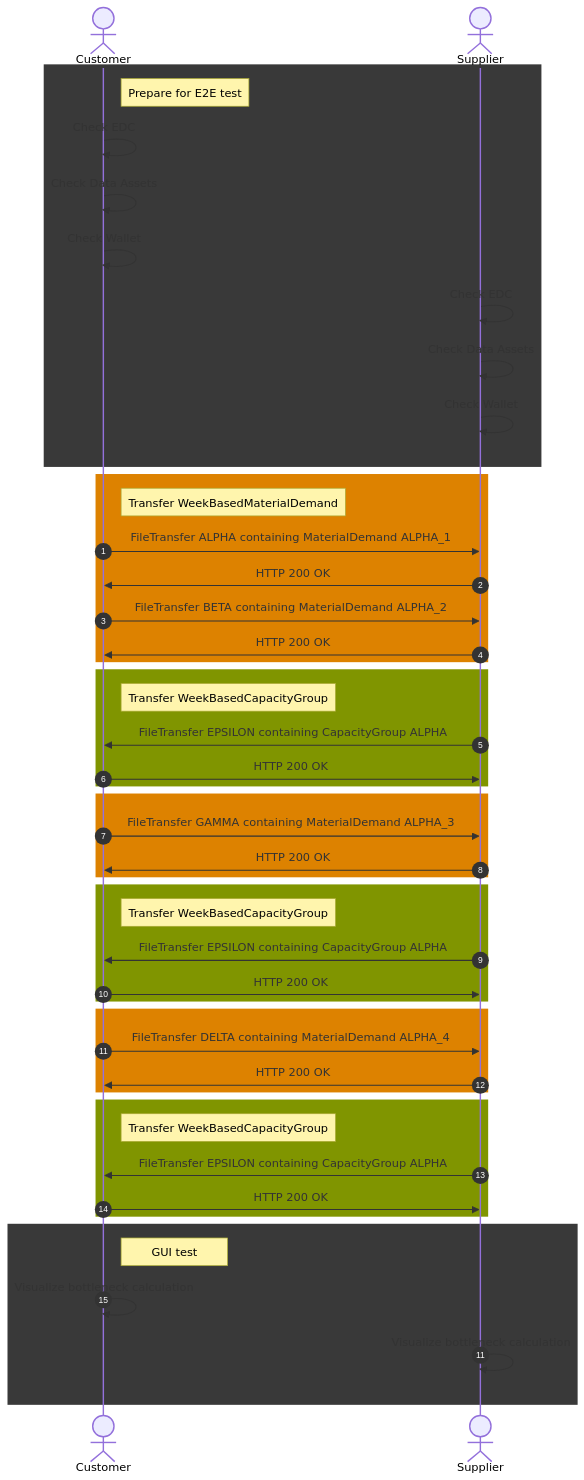
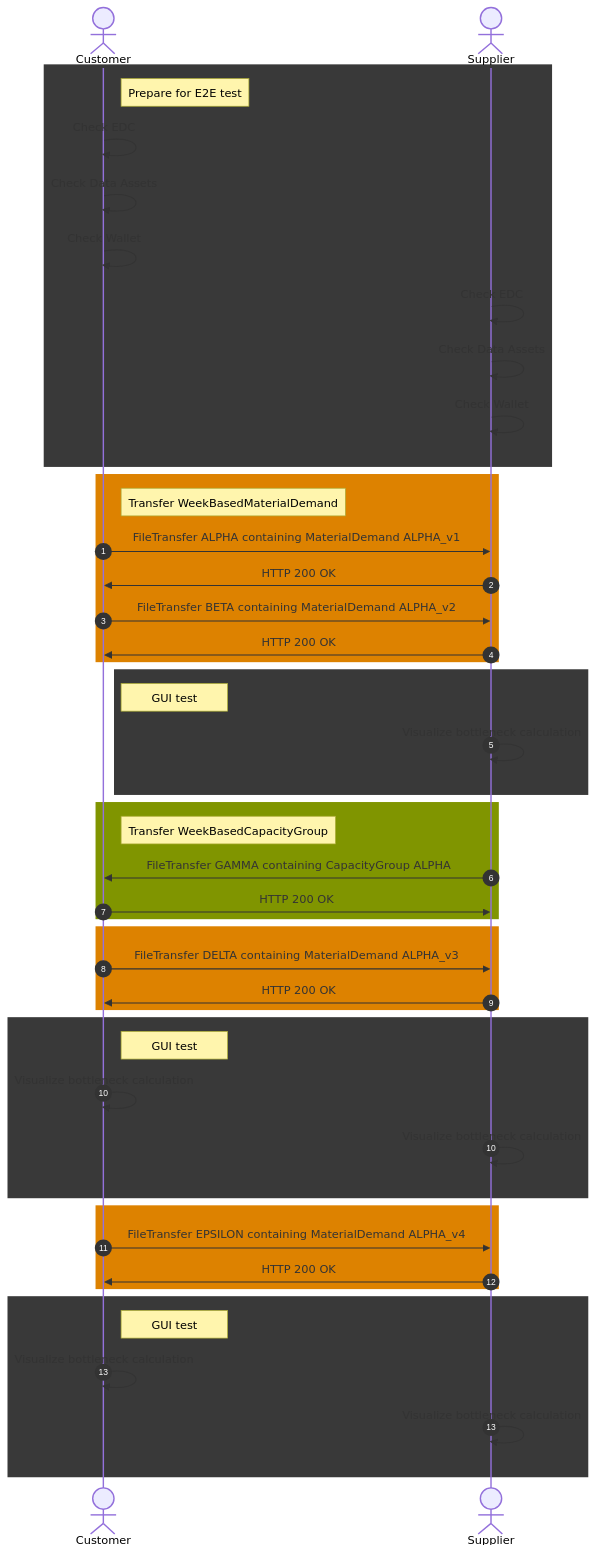
The second of 4 diagrams in docs-kits/kits/Demand and Capacity Management Kit/development-view/overview.md (eclipse-tractusx/eclipse-tractusx.github.io), drawn with Mermaid before and after one commit.

Commit message:
FInalized  sequence diagram for Demand Volatility Metrics Journey

````diff
--- a/docs-kits/kits/Demand and Capacity Management Kit/development-view/overview.md
+++ b/docs-kits/kits/Demand and Capacity Management Kit/development-view/overview.md
@@ -253,56 +253,51 @@
 ``` mermaid
 sequenceDiagram
 actor c as Customer
 actor s as Supplier
 rect rgb(57,57,57)
   note right of c: Prepare for E2E test
   c->>c: Check EDC
   c->>c: Check Data Assets
   c->>c: Check Wallet
   s->>s: Check EDC
   s->>s: Check Data Assets
   s->>s: Check Wallet
 end
 rect rgb(221,130,0)
 autonumber 1
   note right of c: Transfer WeekBasedMaterialDemand
-  c->>s: FileTransfer ALPHA containing MaterialDemand ALPHA_1
+  c->>s: FileTransfer ALPHA containing MaterialDemand ALPHA_v1
   s->>c: HTTP 200 OK
-  c->>s: FileTransfer BETA containing MaterialDemand ALPHA_2
+  c->>s: FileTransfer BETA containing MaterialDemand ALPHA_v2
   s->>c: HTTP 200 OK
 end
+rect rgb(57,57,57)
+  note right of c: GUI test
+  s->>s: Visualize bottleneck calculation
+end
 rect rgb(128,149,0)
-autonumber 5
   note right of c: Transfer WeekBasedCapacityGroup
-  s->>c: FileTransfer EPSILON containing CapacityGroup ALPHA
+  s->>c: FileTransfer GAMMA containing CapacityGroup ALPHA
   c->>s: HTTP 200 OK
 end
 rect rgb(221,130,0)
-autonumber 7
-  c->>s: FileTransfer GAMMA containing MaterialDemand ALPHA_3
+  c->>s: FileTransfer DELTA containing MaterialDemand ALPHA_v3
   s->>c: HTTP 200 OK
-end
-rect rgb(128,149,0)
-autonumber 9
-  note right of c: Transfer WeekBasedCapacityGroup
-  s->>c: FileTransfer EPSILON containing CapacityGroup ALPHA
-  c->>s: HTTP 200 OK
-end
-rect rgb(221,130,0)
-autonumber 11
-  c->>s: FileTransfer DELTA containing MaterialDemand ALPHA_4
-  s->>c: HTTP 200 OK
-end
-rect rgb(128,149,0)
-autonumber 13
-  note right of c: Transfer WeekBasedCapacityGroup
-  s->>c: FileTransfer EPSILON containing CapacityGroup ALPHA
-  c->>s: HTTP 200 OK
 end
 rect rgb(57,57,57)
   note right of c: GUI test
   c->>c: Visualize bottleneck calculation
-  autonumber 11
+  autonumber 10
+  s->>s: Visualize bottleneck calculation
+end
+rect rgb(221,130,0)
+  c->>s: FileTransfer EPSILON containing MaterialDemand ALPHA_v4
+  s->>c: HTTP 200 OK
+end
+rect rgb(57,57,57)
+  note right of c: GUI test
+  c->>c: Visualize bottleneck calculation
+  autonumber 13
   s->>s: Visualize bottleneck calculation
 end
 ```
````
